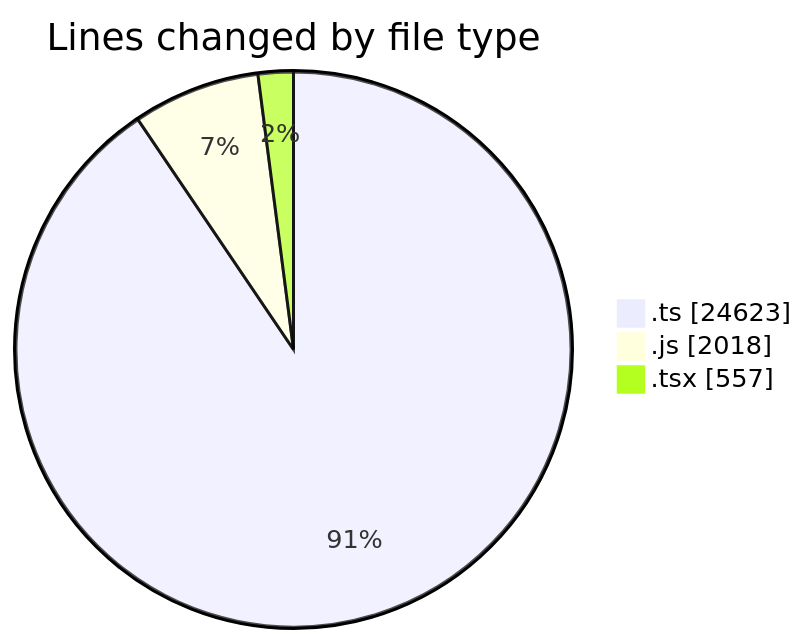
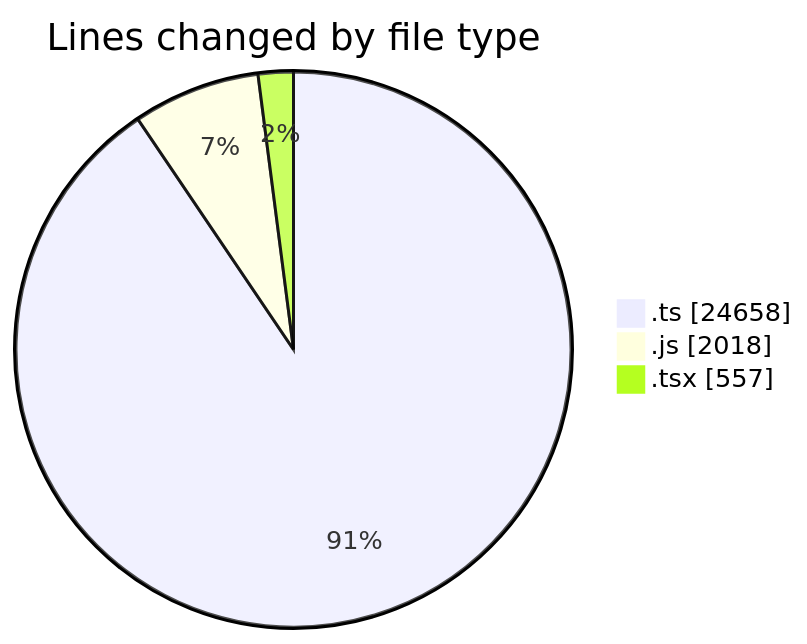
The first of 2 diagrams in 2025-06-20/cda/README.md (momahboobian/code-tracking), drawn with Mermaid before and after one commit. The commit also changed other lines of this file and 1 other file, not shown here.

````diff
--- a/2025-06-20/cda/README.md
+++ b/2025-06-20/cda/README.md
@@ -39,7 +40,7 @@
 ```mermaid
 pie showData
 title Lines changed by file type
-".ts" : 24623
+".ts" : 24658
 ".js" : 2018
 ".tsx" : 557
 ```
````
